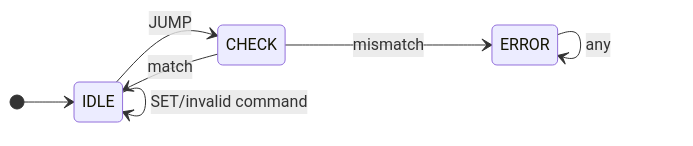
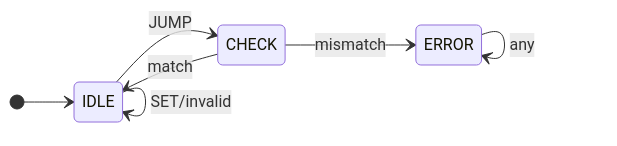
The diagram in README.md (SaiCharanMarrivada/Implementation-of-riscv-extensions-for-cfi-challenge), drawn with Mermaid before and after one commit.

Commit message:
Update the state-diagram in the README

````diff
--- a/README.md
+++ b/README.md
@@ -7,11 +7,11 @@
 ```mermaid
 stateDiagram-v2
     direction LR
     [*] --> IDLE
 
     IDLE --> CHECK: JUMP
     CHECK --> IDLE: match
     CHECK --> ERROR: mismatch
     ERROR --> ERROR: any
-    IDLE --> IDLE: SET/invalid command
+    IDLE --> IDLE: SET/invalid 
 ```
````
